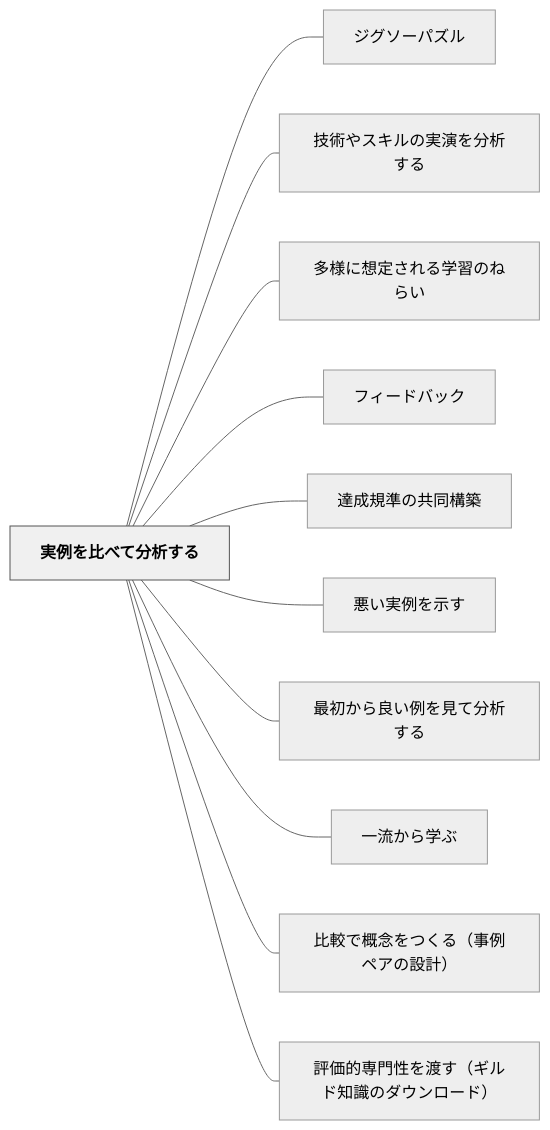
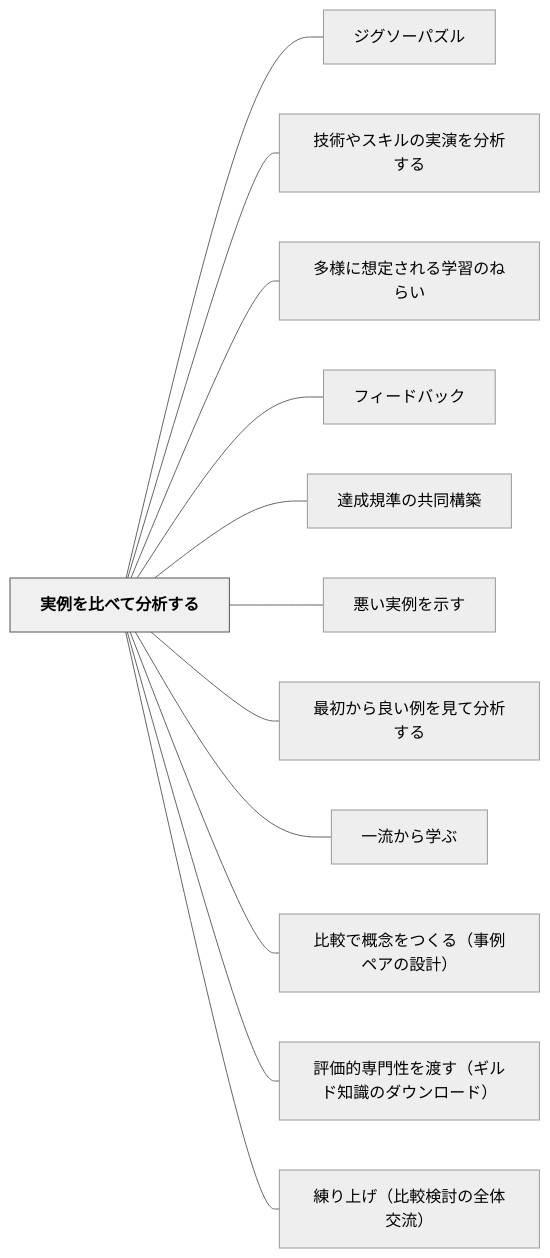
Before and after one commit to unknownthings-ed-patterns/unknownthings-ed-patterns: the diagram in content/パタン/実例を比べて分析する.md, drawn with Mermaid (neutral theme). The commit also changed other lines of this file and 21 other files, not shown here.

````diff
--- a/content/パタン/実例を比べて分析する.md
+++ b/content/パタン/実例を比べて分析する.md
@@ -48,28 +46,30 @@
 ```mermaid
 flowchart LR
     ne5ae9fe4be8be38292e6af94e381b9e381a6e58886e69e90e38199e3828b["実例を比べて分析する"]
     ne382b8e382b0e382bde383bce38391e382bae383ab["ジグソーパズル"]
     ne68a80e8a193e38284e382b9e382ade383abe381aee5ae9fe6bc94e38292e58886e69e90e38199e3828b["技術やスキルの実演を分析する"]
     ne5a49ae6a798e381abe683b3e5ae9ae38195e3828ce3828be5ada6e7bf92e381aee381ade38289e38184["多様に想定される学習のねらい"]
     ne38395e382a3e383bce38389e38390e38383e382af["フィードバック"]
     ne98194e68890e8a68fe6ba96e381aee585b1e5908ce6a78be7af89["達成規準の共同構築"]
     ne682aae38184e5ae9fe4be8be38292e7a4bae38199["悪い実例を示す"]
     ne69c80e5889de3818be38289e889afe38184e4be8be38292e8a68be381a6e58886e69e90e38199e3828b["最初から良い例を見て分析する"]
     ne4b880e6b581e3818be38289e5ada6e381b6["一流から学ぶ"]
     ne6af94e8bc83e381a7e6a682e5bfb5e38292e381a4e3818fe3828befbc88e4ba8be4be8be3839ae382a2e381aee8a8ade8a888efbc89["比較で概念をつくる（事例ペアの設計）"]
     ne8a995e4bea1e79a84e5b082e99680e680a7e38292e6b8a1e38199efbc88e382aee383abe38389e79fa5e8ad98e381aee38380e382a6e383b3e383ade383bce38389efbc89["評価的専門性を渡す（ギルド知識のダウンロード）"]
+    ne7b7b4e3828ae4b88ae38192efbc88e6af94e8bc83e6a49ce8a88ee381aee585a8e4bd93e4baa4e6b581efbc89["練り上げ（比較検討の全体交流）"]
 
     ne5ae9fe4be8be38292e6af94e381b9e381a6e58886e69e90e38199e3828b --- ne382b8e382b0e382bde383bce38391e382bae383ab
     ne5ae9fe4be8be38292e6af94e381b9e381a6e58886e69e90e38199e3828b --- ne68a80e8a193e38284e382b9e382ade383abe381aee5ae9fe6bc94e38292e58886e69e90e38199e3828b
     ne5ae9fe4be8be38292e6af94e381b9e381a6e58886e69e90e38199e3828b --- ne5a49ae6a798e381abe683b3e5ae9ae38195e3828ce3828be5ada6e7bf92e381aee381ade38289e38184
     ne5ae9fe4be8be38292e6af94e381b9e381a6e58886e69e90e38199e3828b --- ne38395e382a3e383bce38389e38390e38383e382af
     ne5ae9fe4be8be38292e6af94e381b9e381a6e58886e69e90e38199e3828b --- ne98194e68890e8a68fe6ba96e381aee585b1e5908ce6a78be7af89
     ne5ae9fe4be8be38292e6af94e381b9e381a6e58886e69e90e38199e3828b --- ne682aae38184e5ae9fe4be8be38292e7a4bae38199
     ne5ae9fe4be8be38292e6af94e381b9e381a6e58886e69e90e38199e3828b --- ne69c80e5889de3818be38289e889afe38184e4be8be38292e8a68be381a6e58886e69e90e38199e3828b
     ne5ae9fe4be8be38292e6af94e381b9e381a6e58886e69e90e38199e3828b --- ne4b880e6b581e3818be38289e5ada6e381b6
     ne5ae9fe4be8be38292e6af94e381b9e381a6e58886e69e90e38199e3828b --- ne6af94e8bc83e381a7e6a682e5bfb5e38292e381a4e3818fe3828befbc88e4ba8be4be8be3839ae382a2e381aee8a8ade8a888efbc89
     ne5ae9fe4be8be38292e6af94e381b9e381a6e58886e69e90e38199e3828b --- ne8a995e4bea1e79a84e5b082e99680e680a7e38292e6b8a1e38199efbc88e382aee383abe38389e79fa5e8ad98e381aee38380e382a6e383b3e383ade383bce38389efbc89
+    ne5ae9fe4be8be38292e6af94e381b9e381a6e58886e69e90e38199e3828b --- ne7b7b4e3828ae4b88ae38192efbc88e6af94e8bc83e6a49ce8a88ee381aee585a8e4bd93e4baa4e6b581efbc89
 
     classDef hub fill:#f0f0f0,stroke:#555,color:#000,font-weight:bold
     class ne5ae9fe4be8be38292e6af94e381b9e381a6e58886e69e90e38199e3828b hub
 ```
````
